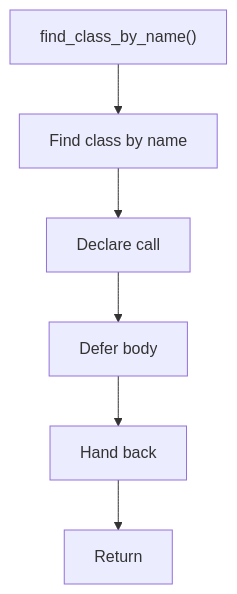
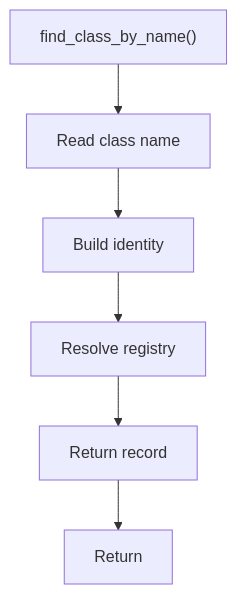
One commit to JohnAndrewBalbarosa/NeoTerritory changed the diagram in docs/Codebase/Microservice/Modules/Header/Analysis/ImplementationUse/Binding/Symbols/Flow/functions/find_class_by_name.hpp.md. Above: the diagram before and after it, drawn with Mermaid. The commit also changed other lines of this file and 147 other files, not shown here.

````diff
--- a/docs/Codebase/Microservice/Modules/Header/Analysis/ImplementationUse/Binding/Symbols/Flow/functions/find_class_by_name.hpp.md
+++ b/docs/Codebase/Microservice/Modules/Header/Analysis/ImplementationUse/Binding/Symbols/Flow/functions/find_class_by_name.hpp.md
@@ -16,14 +22,14 @@
 ```mermaid
 flowchart TD
     Start["find_class_by_name()"]
-    N0["Find class by name"]
-    N1["Declare call"]
-    N2["Defer body"]
-    N3["Hand back"]
+    N0["Read class name"]
+    N1["Build identity"]
+    N2["Resolve registry"]
+    N3["Return record"]
     End["Return"]
     Start --> N0
     N0 --> N1
     N1 --> N2
     N2 --> N3
     N3 --> End
 ```
````
